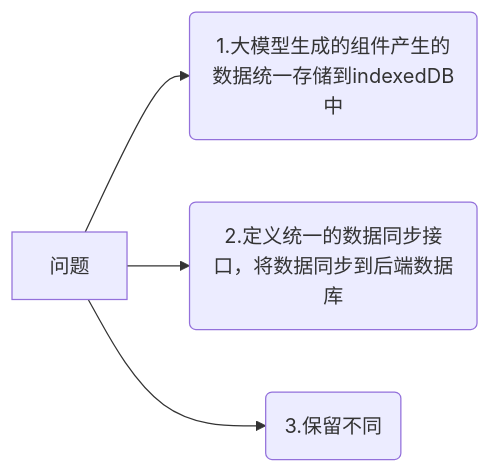
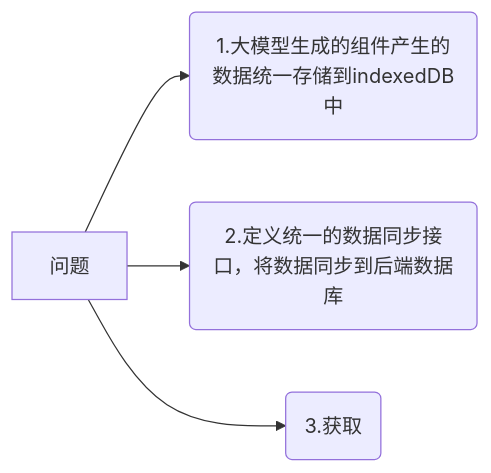
One commit to yingjianzh/iodraw-files changed the diagram in all/未命名-21.md. Above: the diagram before and after it, drawn with Mermaid.

Commit message:
2025-02-17 14:20:19 update

````diff
--- a/all/未命名-21.md
+++ b/all/未命名-21.md
@@ -1,7 +1,7 @@
 ```mermaid
 graph LR
     A[问题] -->B(1.大模型生成的组件产生的数据统一存储到indexedDB中)
     A --> C(2.定义统一的数据同步接口，将数据同步到后端数据库)
-    A --> D(3.保留不同)
+    A --> D(3.获取)
   
 ```
````
